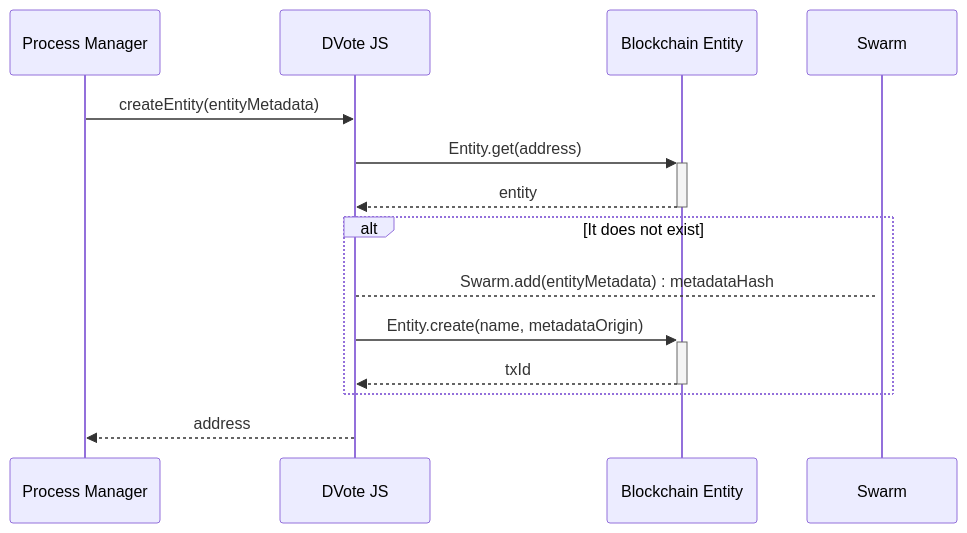
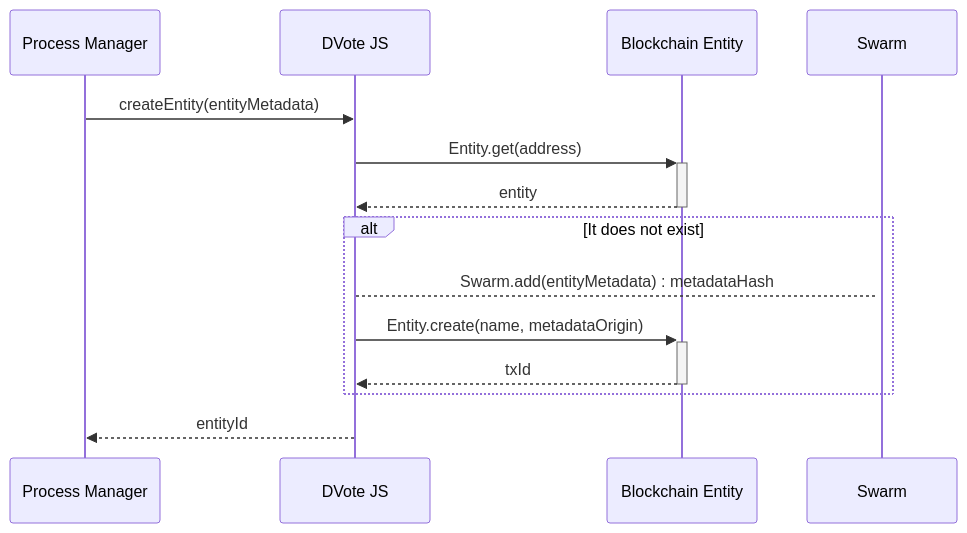
The third of 7 diagrams in docs/protocol/sequence-diagrams.md (vocdoni/docs), drawn with Mermaid before and after one commit. The commit also changed other lines of this file and 2 other files, not shown here.

````diff
--- a/docs/protocol/sequence-diagrams.md
+++ b/docs/protocol/sequence-diagrams.md
@@ -30,21 +30,21 @@
 ```mermaid
 sequenceDiagram
     participant PM as Process Manager
-    participant DVJS as DVote JS
+    participant DV as DVote JS
     participant BE as Blockchain Entity
     participant S as Swarm
 
-    PM->>DVJS: createEntity(entityMetadata)
+    PM->>DV: createEntity(entityMetadata)
 
-        DVJS->>+BE: Entity.get(address)
-        BE-->>-DVJS: entity
+        DV->>+BE: Entity.get(address)
+        BE-->>-DV: entity
 
         Alt It does not exist
-            DVJS-->+S: Swarm.add(entityMetadata) : metadataHash
+            DV-->+S: Swarm.add(entityMetadata) : metadataHash
 
-            DVJS->>+BE: Entity.create(name, metadataOrigin)
-            BE-->>-DVJS: txId
+            DV->>+BE: Entity.create(name, metadataOrigin)
+            BE-->>-DV: txId
         end
 
-    DVJS-->>PM: address
+    DV-->>PM: entityId
 ```
````
